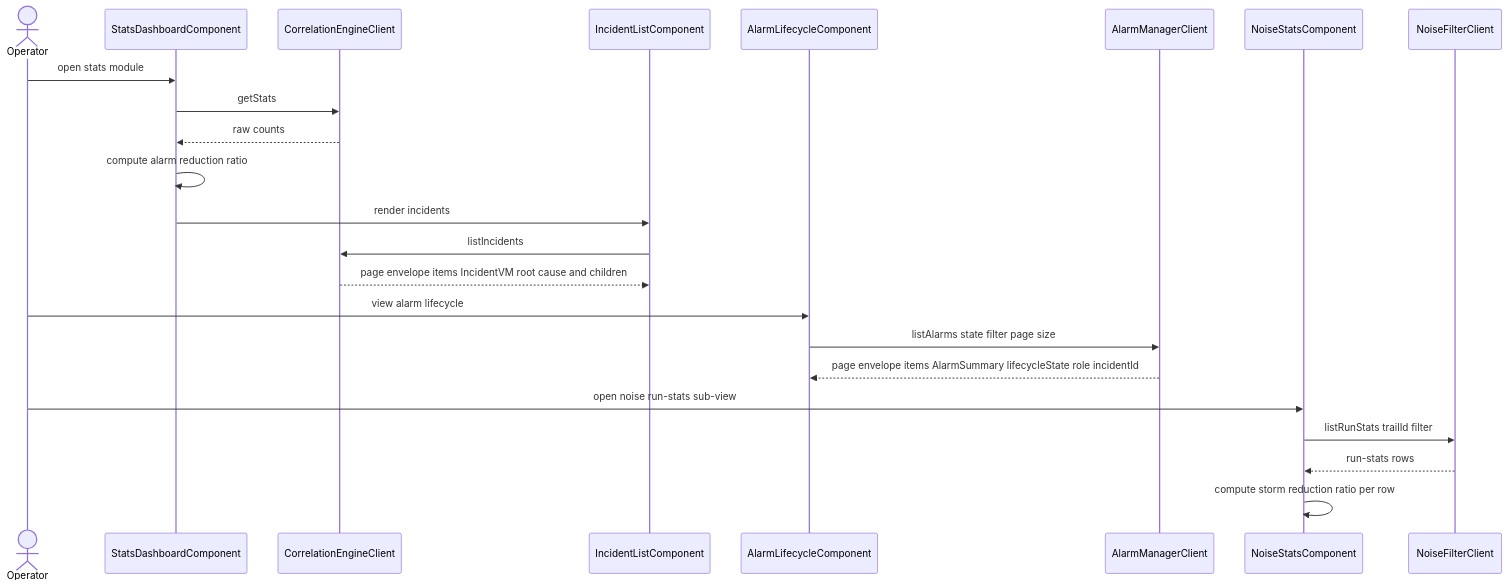
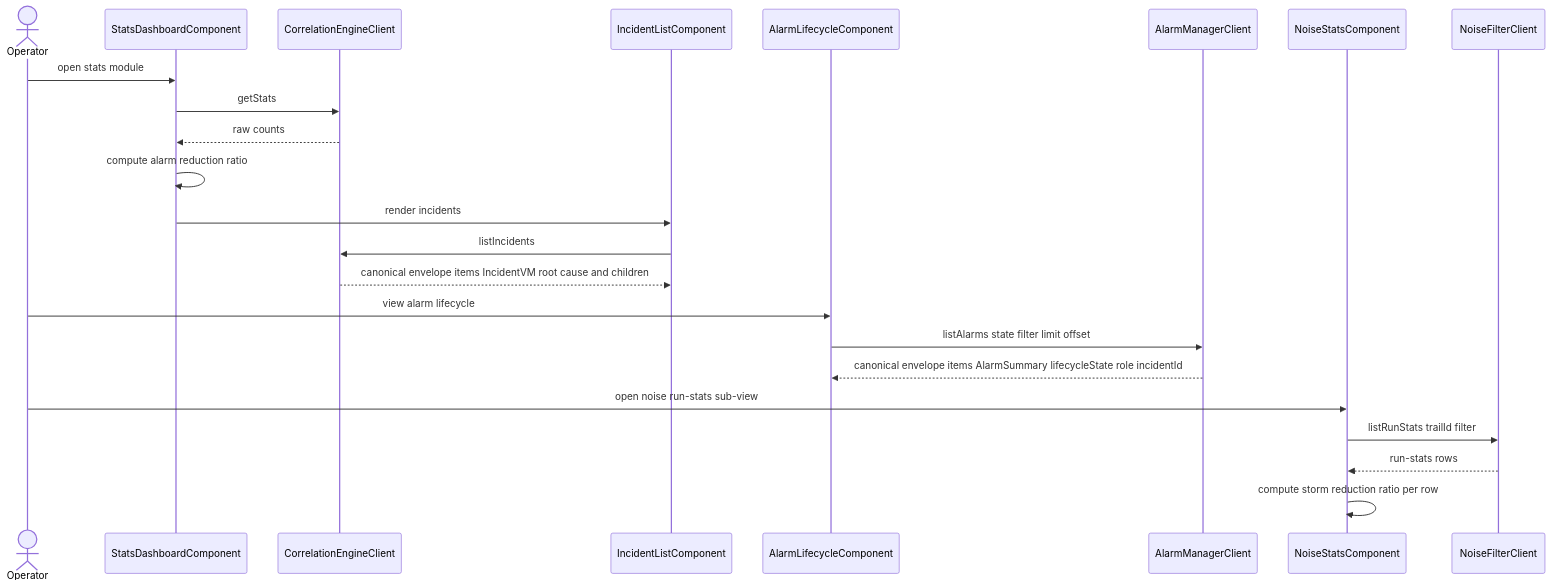
One commit to nikhilmohan/correlation-platform changed diagram 11 of 13 in services/web-ui/design.md. Above: the diagram before and after it, drawn with Mermaid. The commit also changed other lines of this file, not shown here.

First line of the commit message:
design(web-ui): align CE/AM pagination to canonical {items,total,limit,offset} envelope

````diff
--- a/services/web-ui/design.md
+++ b/services/web-ui/design.md
@@ -880,25 +883,25 @@
 ```mermaid
 sequenceDiagram
   actor Operator
   participant Dash as StatsDashboardComponent
   participant CEC as CorrelationEngineClient
   participant Inc as IncidentListComponent
   participant ALC as AlarmLifecycleComponent
   participant AMC as AlarmManagerClient
   participant NS as NoiseStatsComponent
   participant NFC as NoiseFilterClient
   Operator->>Dash: open stats module
   Dash->>CEC: getStats
   CEC-->>Dash: raw counts
   Dash->>Dash: compute alarm reduction ratio
   Dash->>Inc: render incidents
   Inc->>CEC: listIncidents
-  CEC-->>Inc: page envelope items IncidentVM root cause and children
+  CEC-->>Inc: canonical envelope items IncidentVM root cause and children
   Operator->>ALC: view alarm lifecycle
-  ALC->>AMC: listAlarms state filter page size
-  AMC-->>ALC: page envelope items AlarmSummary lifecycleState role incidentId
+  ALC->>AMC: listAlarms state filter limit offset
+  AMC-->>ALC: canonical envelope items AlarmSummary lifecycleState role incidentId
   Operator->>NS: open noise run-stats sub-view
   NS->>NFC: listRunStats trailId filter
   NFC-->>NS: run-stats rows
   NS->>NS: compute storm reduction ratio per row
 ```
````
